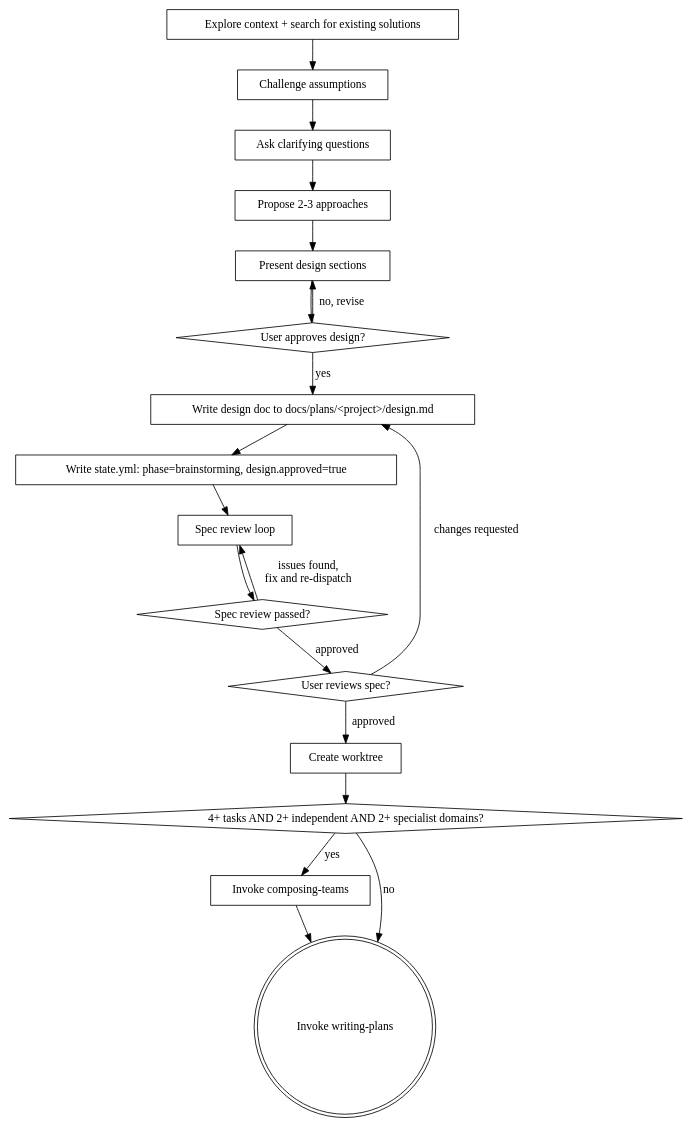
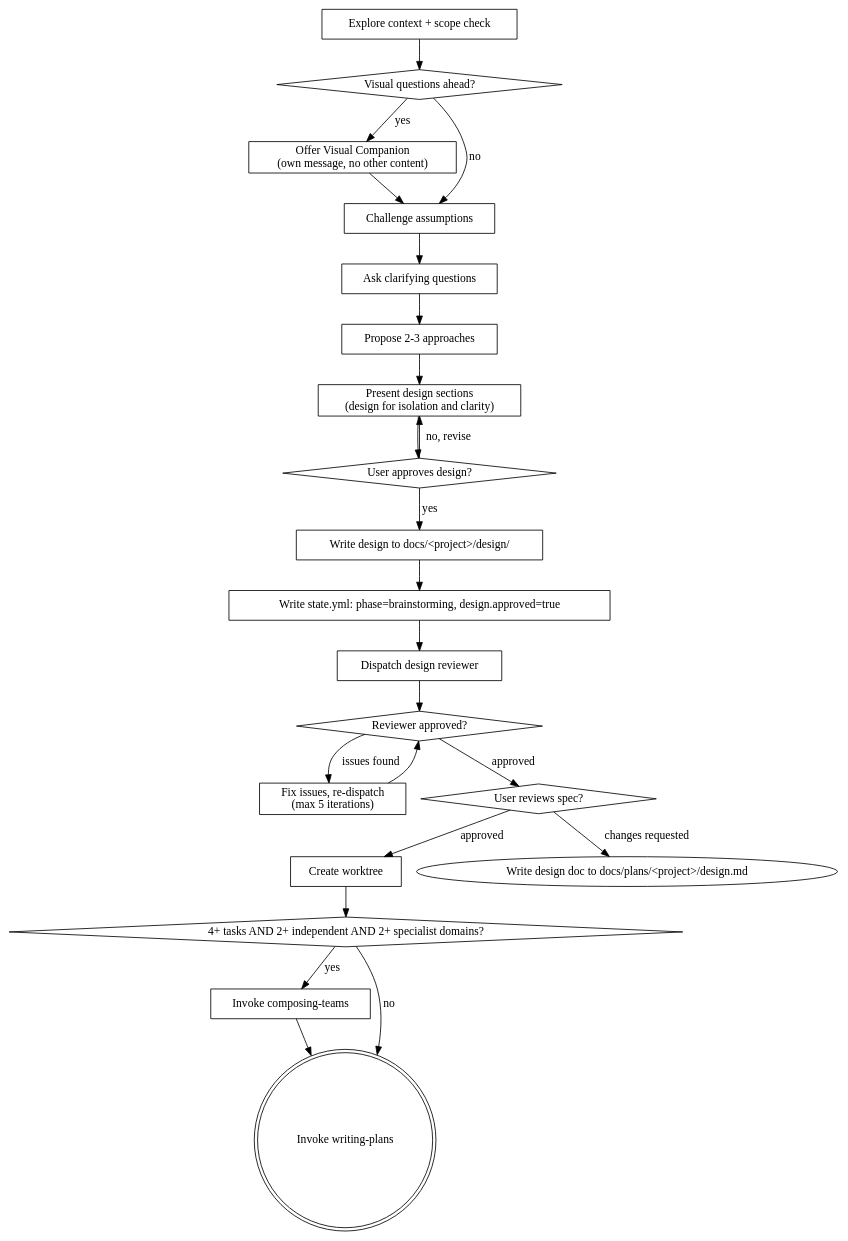
Before and after one commit to rahulsc/superpowers: the diagram in skills/brainstorming/SKILL.md, drawn with Graphviz. The commit also changed other lines of this file and 34 other files, not shown here.

````diff
--- a/skills/brainstorming/SKILL.md
+++ b/skills/brainstorming/SKILL.md
@@ -47,38 +46,45 @@
 ```dot
 digraph brainstorming {
-    "Explore context + search for existing solutions" [shape=box];
+    "Explore context + scope check" [shape=box];
+    "Visual questions ahead?" [shape=diamond];
+    "Offer Visual Companion\n(own message, no other content)" [shape=box];
     "Challenge assumptions" [shape=box];
     "Ask clarifying questions" [shape=box];
     "Propose 2-3 approaches" [shape=box];
-    "Present design sections" [shape=box];
+    "Present design sections\n(design for isolation and clarity)" [shape=box];
     "User approves design?" [shape=diamond];
-    "Write design doc to docs/plans/<project>/design.md" [shape=box];
+    "Write design to docs/<project>/design/" [shape=box];
     "Write state.yml: phase=brainstorming, design.approved=true" [shape=box];
-    "Spec review loop" [shape=box];
-    "Spec review passed?" [shape=diamond];
+    "Dispatch design reviewer" [shape=box];
+    "Reviewer approved?" [shape=diamond];
+    "Fix issues, re-dispatch\n(max 5 iterations)" [shape=box];
     "User reviews spec?" [shape=diamond];
     "Create worktree" [shape=box];
     "4+ tasks AND 2+ independent AND 2+ specialist domains?" [shape=diamond];
     "Invoke composing-teams" [shape=box];
     "Invoke writing-plans" [shape=doublecircle];
 
-    "Explore context + search for existing solutions" -> "Challenge assumptions";
+    "Explore context + scope check" -> "Visual questions ahead?";
+    "Visual questions ahead?" -> "Offer Visual Companion\n(own message, no other content)" [label="yes"];
+    "Visual questions ahead?" -> "Challenge assumptions" [label="no"];
+    "Offer Visual Companion\n(own message, no other content)" -> "Challenge assumptions";
     "Challenge assumptions" -> "Ask clarifying questions";
     "Ask clarifying questions" -> "Propose 2-3 approaches";
-    "Propose 2-3 approaches" -> "Present design sections";
-    "Present design sections" -> "User approves design?";
-    "User approves design?" -> "Present design sections" [label="no, revise"];
-    "User approves design?" -> "Write design doc to docs/plans/<project>/design.md" [label="yes"];
-    "Write design doc to docs/plans/<project>/design.md" -> "Write state.yml: phase=brainstorming, design.approved=true";
-    "Write state.yml: phase=brainstorming, design.approved=true" -> "Spec review loop";
-    "Spec review loop" -> "Spec review passed?";
-    "Spec review passed?" -> "Spec review loop" [label="issues found,\nfix and re-dispatch"];
-    "Spec review passed?" -> "User reviews spec?" [label="approved"];
+    "Propose 2-3 approaches" -> "Present design sections\n(design for isolation and clarity)";
+    "Present design sections\n(design for isolation and clarity)" -> "User approves design?";
+    "User approves design?" -> "Present design sections\n(design for isolation and clarity)" [label="no, revise"];
+    "User approves design?" -> "Write design to docs/<project>/design/" [label="yes"];
+    "Write design to docs/<project>/design/" -> "Write state.yml: phase=brainstorming, design.approved=true";
+    "Write state.yml: phase=brainstorming, design.approved=true" -> "Dispatch design reviewer";
+    "Dispatch design reviewer" -> "Reviewer approved?";
+    "Reviewer approved?" -> "Fix issues, re-dispatch\n(max 5 iterations)" [label="issues found"];
+    "Reviewer approved?" -> "User reviews spec?" [label="approved"];
+    "Fix issues, re-dispatch\n(max 5 iterations)" -> "Reviewer approved?";
     "User reviews spec?" -> "Write design doc to docs/plans/<project>/design.md" [label="changes requested"];
     "User reviews spec?" -> "Create worktree" [label="approved"];
     "Create worktree" -> "4+ tasks AND 2+ independent AND 2+ specialist domains?";
     "4+ tasks AND 2+ independent AND 2+ specialist domains?" -> "Invoke composing-teams" [label="yes"];
     "4+ tasks AND 2+ independent AND 2+ specialist domains?" -> "Invoke writing-plans" [label="no"];
     "Invoke composing-teams" -> "Invoke writing-plans";
 }
 ```
````
